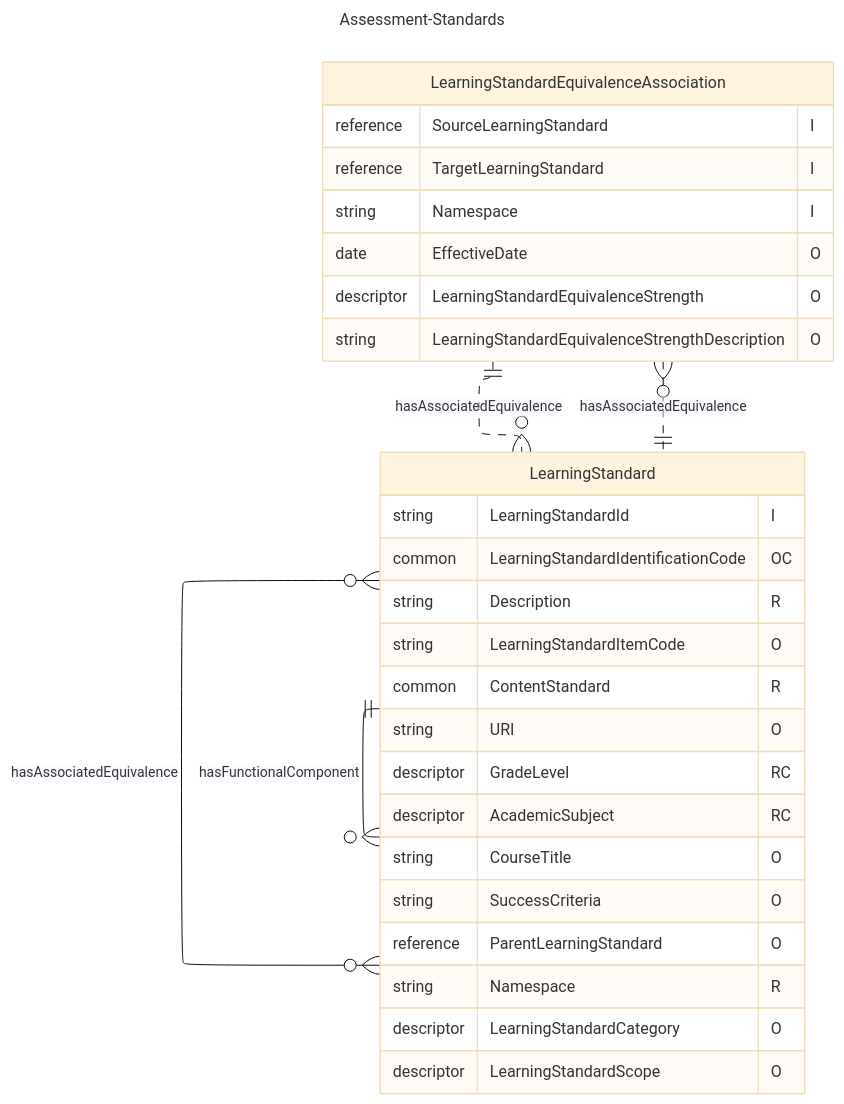
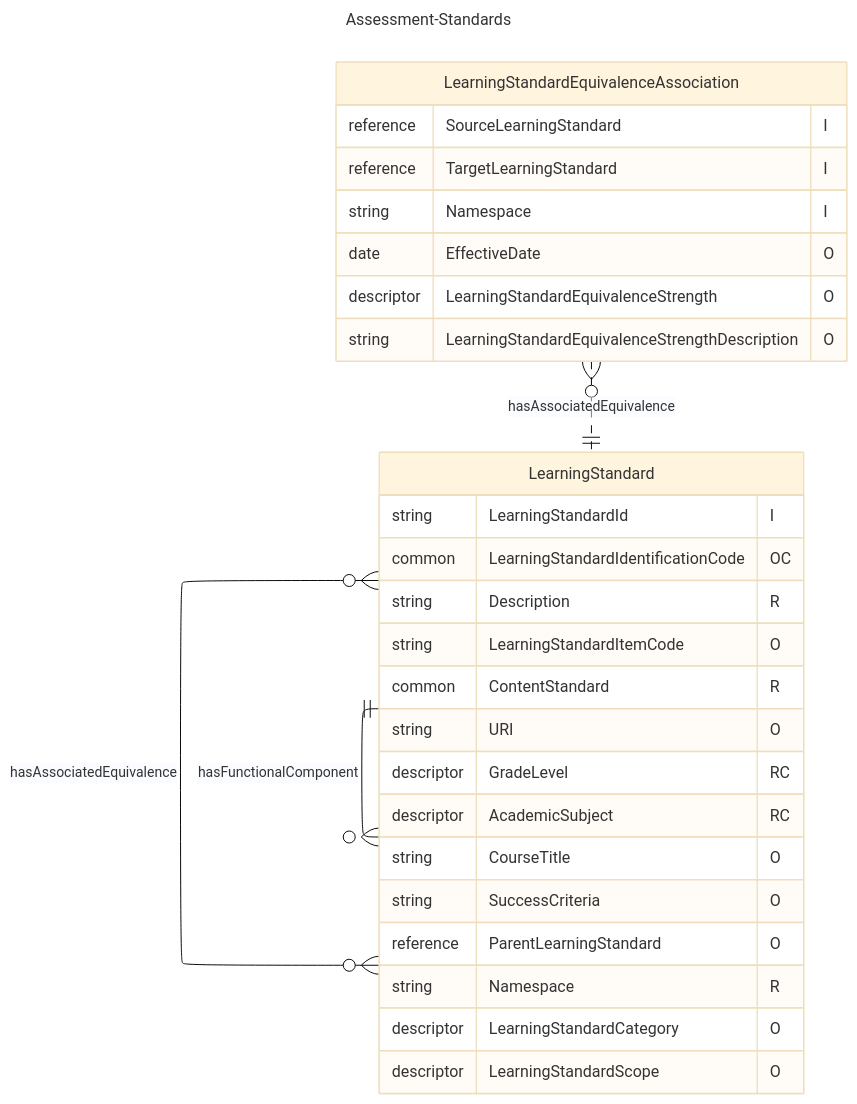
Before and after one commit to Ed-Fi-Alliance-OSS/Ed-Fi-Data-Standard: the diagram in Models/Assessment-Standards.mmd, drawn with Mermaid (base theme). The commit also changed 35 other files, not shown here.

```diff
--- a/Models/Assessment-Standards.mmd
+++ b/Models/Assessment-Standards.mmd
@@ -1,34 +1,33 @@
 ---
 title: Assessment-Standards
 config:
   layout: elk
 ---
 erDiagram
     LearningStandard {
         string LearningStandardId "I"
         common LearningStandardIdentificationCode "OC"
         string Description "R"
         string LearningStandardItemCode "O"
         common ContentStandard "R"
         string URI "O"
         descriptor GradeLevel "RC"
         descriptor AcademicSubject "RC"
         string CourseTitle "O"
         string SuccessCriteria "O"
         reference ParentLearningStandard "O"
         string Namespace "R"
         descriptor LearningStandardCategory "O"
         descriptor LearningStandardScope "O"
     }
     LearningStandardEquivalenceAssociation {
         reference SourceLearningStandard "I"
         reference TargetLearningStandard "I"
         string Namespace "I"
         date EffectiveDate "O"
         descriptor LearningStandardEquivalenceStrength "O"
         string LearningStandardEquivalenceStrengthDescription "O"
     }
     LearningStandard ||--o{ LearningStandard : "hasFunctionalComponent"
     LearningStandardEquivalenceAssociation }o..|| LearningStandard : "hasAssociatedEquivalence"
-    LearningStandardEquivalenceAssociation ||..o{ LearningStandard : "hasAssociatedEquivalence"
     LearningStandard }o--o{ LearningStandard : "hasAssociatedEquivalence"
```
